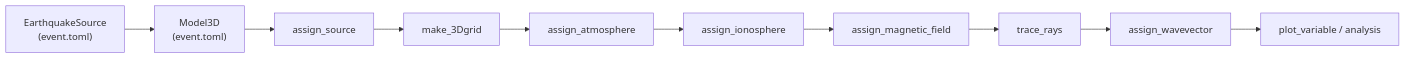
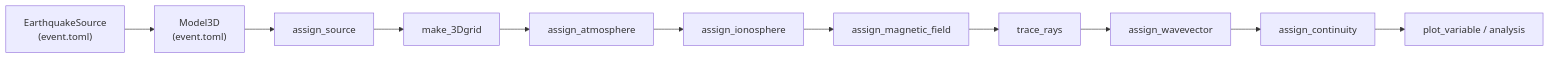
The second of 2 diagrams in docs/model.md (dylanmikesell/PyIonoSeis), drawn with Mermaid before and after one commit. The commit also changed other lines of this file and 22 other files, not shown here.

````diff
--- a/docs/model.md
+++ b/docs/model.md
@@ -41,12 +41,13 @@
 ```mermaid
 flowchart LR
     A["EarthquakeSource\n(event.toml)"] --> B["Model3D\n(event.toml)"]
     B --> C[assign_source]
     C --> D[make_3Dgrid]
     D --> E[assign_atmosphere]
     E --> F[assign_ionosphere]
     F --> G[assign_magnetic_field]
     G --> H[trace_rays]
     H --> I[assign_wavevector]
-    I --> J[plot_variable / analysis]
+    I --> J[assign_continuity]
+    J --> K[plot_variable / analysis]
 ```
````
